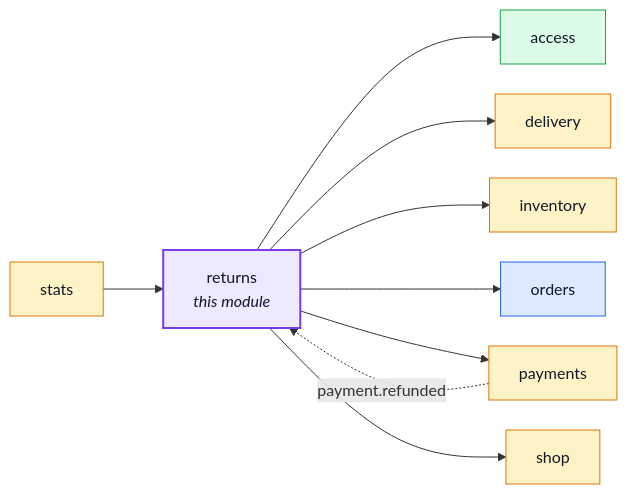
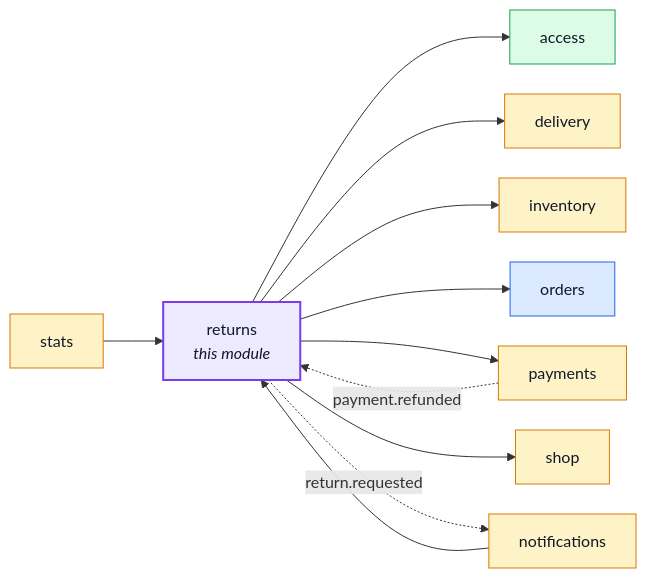
Before and after one commit to Guebbit/boilerplate-node-backend: the first of 6 diagrams in docs/modules/returns.md, drawn with Mermaid. The commit also changed 50 other files, not shown here.

````diff
--- a/docs/modules/returns.md
+++ b/docs/modules/returns.md
@@ -23,30 +23,33 @@
 ```mermaid
 %%{init: {'flowchart': {'nodeSpacing': 30, 'rankSpacing': 60}}}%%
 flowchart LR
     returns["returns<br/><i>this module</i>"]
     access["access"]
     delivery["delivery"]
     inventory["inventory"]
+    notifications["notifications"]
     orders["orders"]
     payments["payments"]
     shop["shop"]
     stats["stats"]
 
+    notifications --> returns
     stats --> returns
     returns --> access
     returns --> delivery
     returns --> inventory
     returns --> orders
     returns --> payments
     returns --> shop
     payments -. "payment.refunded" .-> returns
+    returns -. "return.requested" .-> notifications
 
     classDef core fill:#dbeafe,stroke:#2563eb,color:#111827;
     classDef supporting fill:#fef3c7,stroke:#d97706,color:#111827;
     classDef generic fill:#dcfce7,stroke:#16a34a,color:#111827;
     classDef centre fill:#ede9fe,stroke:#7c3aed,stroke-width:2px,color:#111827;
     class orders core;
-    class delivery,inventory,payments,shop,stats supporting;
+    class delivery,inventory,notifications,payments,shop,stats supporting;
     class access generic;
     class returns centre;
 ```
````
